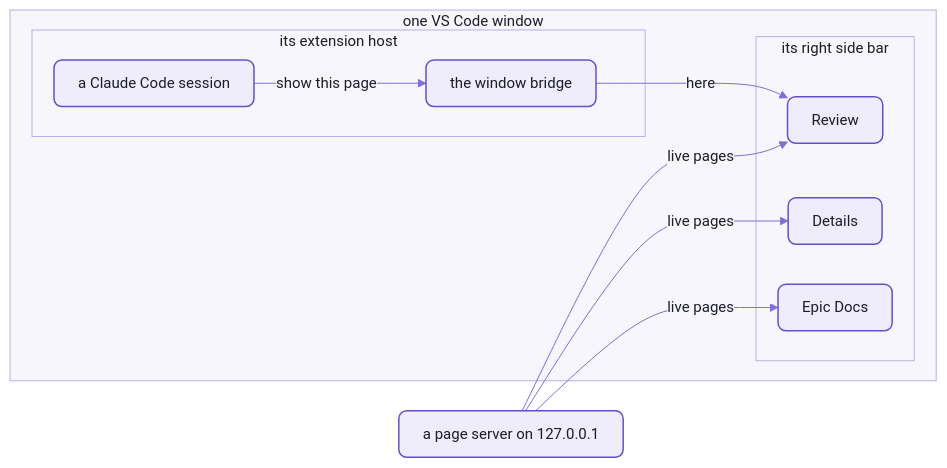
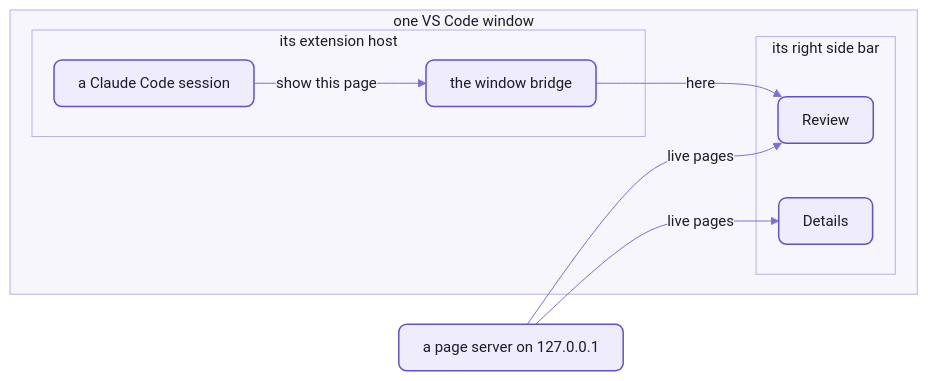
The first of 2 diagrams in epic/README-vscode.md (spell-app/spell), drawn with Mermaid before and after one commit. The commit also changed other lines of this file and 33 other files, not shown here.

````diff
--- a/epic/README-vscode.md
+++ b/epic/README-vscode.md
@@ -22,23 +22,21 @@
 ```mermaid
 %%{init: {"theme":"base","themeVariables":{"fontFamily":"-apple-system, BlinkMacSystemFont, Segoe UI, Helvetica, Arial, sans-serif","fontSize":"15px","primaryColor":"#EFECFB","primaryBorderColor":"#6550CA","primaryTextColor":"#1A1C27","secondaryColor":"#F4F1E9","tertiaryColor":"#F7F6FC","lineColor":"#7F6FD6","textColor":"#7F6FD6","clusterBkg":"#F7F6FC","clusterBorder":"#B9B0E8","titleColor":"#1A1C27","edgeLabelBackground":"#F7F6FC","actorBkg":"#EFECFB","actorBorder":"#6550CA","actorTextColor":"#1A1C27","actorLineColor":"#9C90DE","signalColor":"#7F6FD6","signalTextColor":"#7F6FD6","labelBoxBkgColor":"#EFECFB","labelBoxBorderColor":"#6550CA","labelTextColor":"#1A1C27","loopTextColor":"#7F6FD6","noteBkgColor":"#F1E7D4","noteBorderColor":"#C9B48A","noteTextColor":"#1A1C27","activationBkgColor":"#DCD6F7","activationBorderColor":"#6550CA","sequenceNumberColor":"#FFFFFF"},"flowchart":{"curve":"basis","padding":12,"nodeSpacing":40,"rankSpacing":44}}}%%
 flowchart LR
   server["a page server on 127.0.0.1"]
   subgraph win["one VS Code window"]
     subgraph host["its extension host"]
       session["a Claude Code session"]
       bridge["the window bridge"]
     end
     subgraph bar["its right side bar"]
       review["Review"]
       details["Details"]
-      docs["Epic Docs"]
     end
   end
   server -- "live pages" --> review
   server -- "live pages" --> details
-  server -- "live pages" --> docs
   session -- "show this page" --> bridge
   bridge -- "here" --> review
   %% the Spell look:  yarn mermaid:pretty
   classDef default fill:#EFECFB,stroke:#6550CA,stroke-width:1.5px,color:#1A1C27,rx:8px,ry:8px
 ```
````
